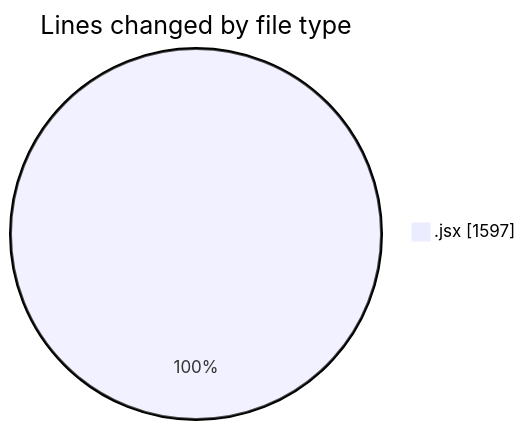
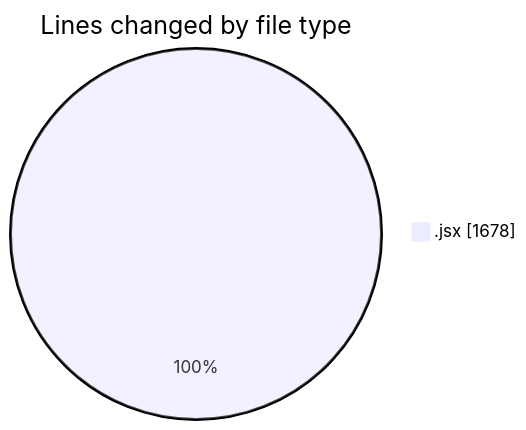
One commit to nxtqubesakshisongat/code-tracking changed the first of 2 diagrams in 2025-06-13/nxtqube_webapp/README.md. Above: the diagram before and after it, drawn with Mermaid. The commit also changed other lines of this file and 1 other file, not shown here.

````diff
--- a/2025-06-13/nxtqube_webapp/README.md
+++ b/2025-06-13/nxtqube_webapp/README.md
@@ -20,5 +20,5 @@
 ```mermaid
 pie showData
 title Lines changed by file type
-".jsx" : 1597
+".jsx" : 1678
 ```
````
